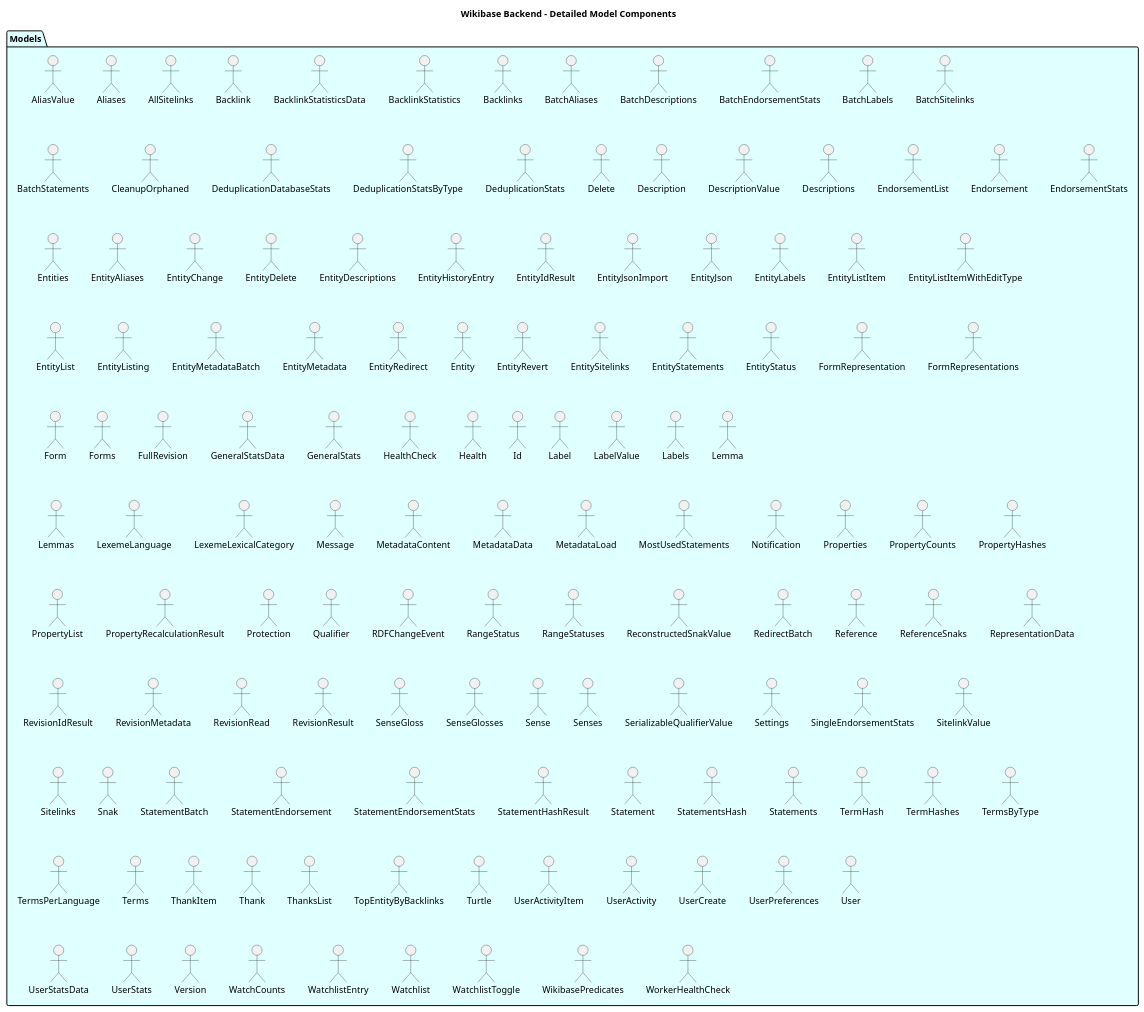
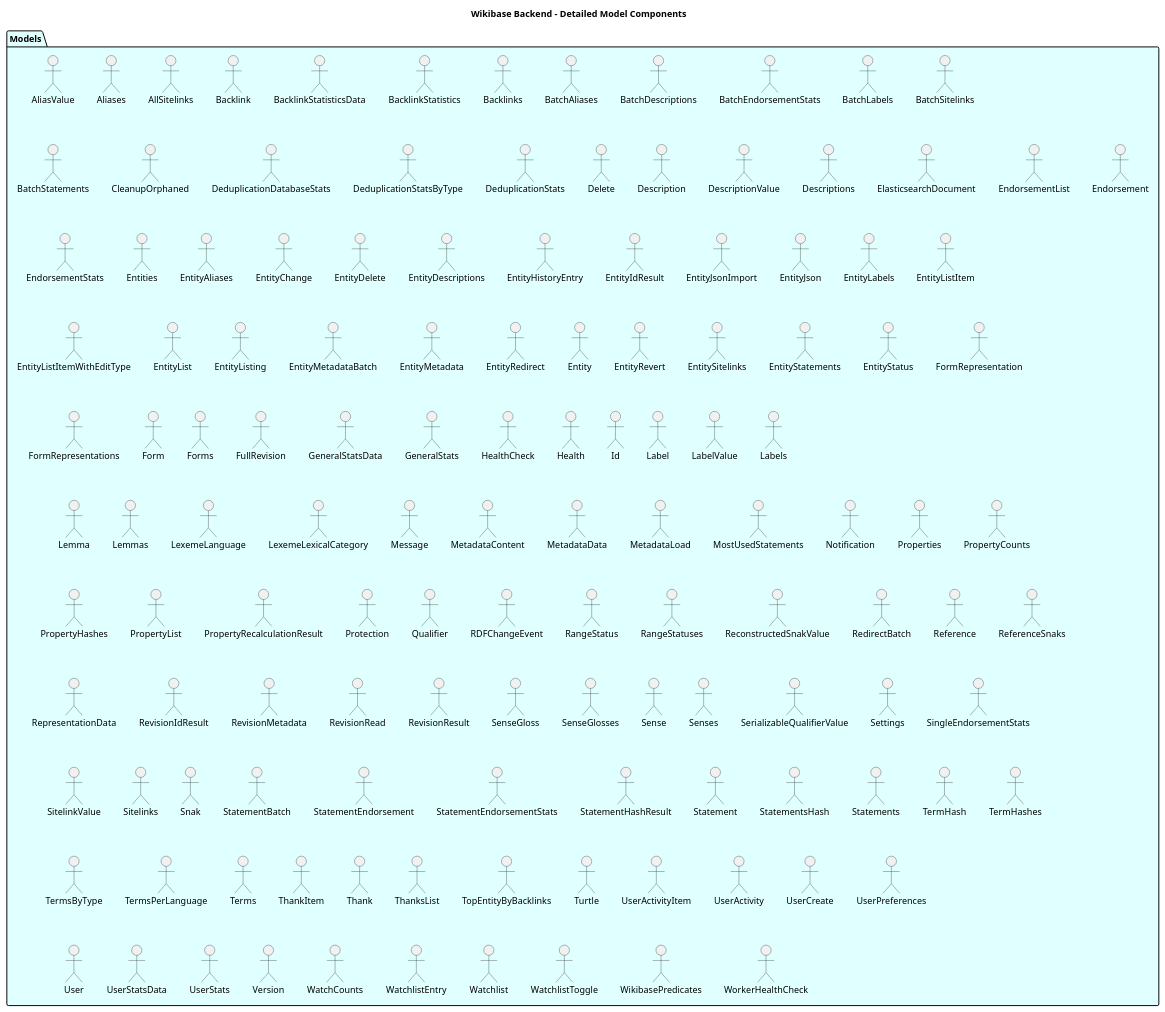
Before and after one commit to dpriskorn/entitybase-backend: the diagram in docs/DIAGRAMS/detailed_model_components.puml, drawn with PlantUML. The commit also changed 23 other files, not shown here.

```diff
--- a/docs/DIAGRAMS/detailed_model_components.puml
+++ b/docs/DIAGRAMS/detailed_model_components.puml
@@ -1,138 +1,139 @@
 @startuml Detailed Model Components
 
 title Wikibase Backend - Detailed Model Components
 
 package "Models" as Models #LightCyan {
     "AliasValue" as AliasValue
     "Aliases" as AliasesResponse
     "AllSitelinks" as AllSitelinksResponse
     "Backlink" as BacklinkResponse
     "BacklinkStatisticsData" as BacklinkStatisticsData
     "BacklinkStatistics" as BacklinkStatisticsResponse
     "Backlinks" as BacklinksResponse
     "BatchAliases" as BatchAliasesResponse
     "BatchDescriptions" as BatchDescriptionsResponse
     "BatchEndorsementStats" as BatchEndorsementStatsResponse
     "BatchLabels" as BatchLabelsResponse
     "BatchSitelinks" as BatchSitelinksResponse
     "BatchStatements" as BatchStatementsResponse
     "CleanupOrphaned" as CleanupOrphanedResponse
     "DeduplicationDatabaseStats" as DeduplicationDatabaseStatsResponse
     "DeduplicationStatsByType" as DeduplicationStatsByType
     "DeduplicationStats" as DeduplicationStatsResponse
     "DeduplicationStats" as DeduplicationStatsResponse
     "Delete" as DeleteResponse
     "Description" as DescriptionResponse
     "DescriptionValue" as DescriptionValue
     "Descriptions" as DescriptionsResponse
+    "ElasticsearchDocument" as ElasticsearchDocumentResponse
     "EndorsementList" as EndorsementListResponse
     "Endorsement" as EndorsementResponse
     "EndorsementStats" as EndorsementStatsResponse
     "Entities" as EntitiesResponse
     "EntityAliases" as EntityAliasesResponse
     "EntityChange" as EntityChange
     "EntityDelete" as EntityDeleteResponse
     "EntityDescriptions" as EntityDescriptionsResponse
     "EntityHistoryEntry" as EntityHistoryEntry
     "EntityIdResult" as EntityIdResult
     "EntityJsonImport" as EntityJsonImportResponse
     "EntityJson" as EntityJsonResponse
     "EntityLabels" as EntityLabelsResponse
     "EntityListItem" as EntityListItem
     "EntityListItemWithEditType" as EntityListItemWithEditType
     "EntityList" as EntityListResponse
     "EntityListing" as EntityListing
     "EntityMetadataBatch" as EntityMetadataBatchResponse
     "EntityMetadata" as EntityMetadataResponse
     "EntityRedirect" as EntityRedirectResponse
     "Entity" as EntityResponse
     "EntityRevert" as EntityRevertResponse
     "EntitySitelinks" as EntitySitelinksResponse
     "EntityStatements" as EntityStatementsResponse
     "EntityStatus" as EntityStatusResponse
     "FormRepresentation" as FormRepresentationResponse
     "FormRepresentations" as FormRepresentationsResponse
     "Form" as FormResponse
     "Forms" as FormsResponse
     "FullRevision" as FullRevisionResponse
     "GeneralStatsData" as GeneralStatsData
     "GeneralStats" as GeneralStatsResponse
     "HealthCheck" as HealthCheckResponse
     "Health" as HealthResponse
     "Id" as IdResponse
     "Label" as LabelResponse
     "LabelValue" as LabelValue
     "Labels" as LabelsResponse
     "Lemma" as LemmaResponse
     "Lemmas" as LemmasResponse
     "LexemeLanguage" as LexemeLanguageResponse
     "LexemeLexicalCategory" as LexemeLexicalCategoryResponse
     "Message" as MessageResponse
     "MetadataContent" as MetadataContent
     "MetadataData" as MetadataData
     "MetadataLoad" as MetadataLoadResponse
     "MostUsedStatements" as MostUsedStatementsResponse
     "Notification" as NotificationResponse
     "Properties" as PropertiesResponse
     "PropertyCounts" as PropertyCountsResponse
     "PropertyHashes" as PropertyHashesResponse
     "PropertyList" as PropertyListResponse
     "PropertyRecalculationResult" as PropertyRecalculationResult
     "Protection" as ProtectionResponse
     "Qualifier" as QualifierResponse
     "RDFChangeEvent" as RDFChangeEvent
     "RangeStatus" as RangeStatus
     "RangeStatuses" as RangeStatuses
     "ReconstructedSnakValue" as ReconstructedSnakValue
     "RedirectBatch" as RedirectBatchResponse
     "Reference" as ReferenceResponse
     "ReferenceSnaks" as ReferenceSnaks
     "RepresentationData" as RepresentationData
     "RevisionIdResult" as RevisionIdResult
     "RevisionMetadata" as RevisionMetadataResponse
     "RevisionRead" as RevisionReadResponse
     "RevisionResult" as RevisionResult
     "SenseGloss" as SenseGlossResponse
     "SenseGlosses" as SenseGlossesResponse
     "Sense" as SenseResponse
     "Senses" as SensesResponse
     "SerializableQualifierValue" as SerializableQualifierValue
     "Settings" as SettingsResponse
     "SingleEndorsementStats" as SingleEndorsementStatsResponse
     "SitelinkValue" as SitelinkValue
     "Sitelinks" as SitelinksResponse
     "Snak" as SnakResponse
     "StatementBatch" as StatementBatchResponse
     "StatementEndorsement" as StatementEndorsementResponse
     "StatementEndorsementStats" as StatementEndorsementStats
     "StatementHashResult" as StatementHashResult
     "Statement" as StatementResponse
     "StatementsHash" as StatementsHashResponse
     "Statements" as StatementsResponse
     "TermHash" as TermHashResponse
     "TermHashes" as TermHashesResponse
     "TermsByType" as TermsByType
     "TermsPerLanguage" as TermsPerLanguage
     "Terms" as TermsResponse
     "ThankItem" as ThankItemResponse
     "Thank" as ThankResponse
     "ThanksList" as ThanksListResponse
     "TopEntityByBacklinks" as TopEntityByBacklinks
     "Turtle" as TurtleResponse
     "UserActivityItem" as UserActivityItemResponse
     "UserActivity" as UserActivityResponse
     "UserCreate" as UserCreateResponse
     "UserPreferences" as UserPreferencesResponse
     "User" as UserResponse
     "UserStatsData" as UserStatsData
     "UserStats" as UserStatsResponse
     "Version" as VersionResponse
     "WatchCounts" as WatchCounts
     "WatchlistEntry" as WatchlistEntryResponse
     "Watchlist" as WatchlistResponse
     "WatchlistToggle" as WatchlistToggleResponse
     "WikibasePredicates" as WikibasePredicatesResponse
     "WorkerHealthCheck" as WorkerHealthCheckResponse
 }
 
 @enduml
```
